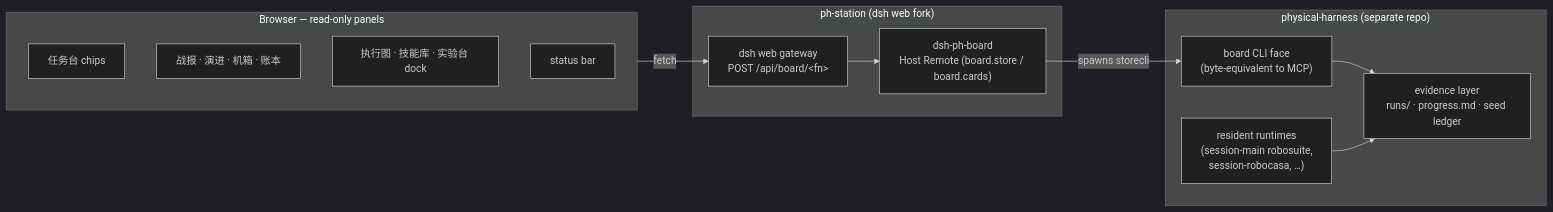
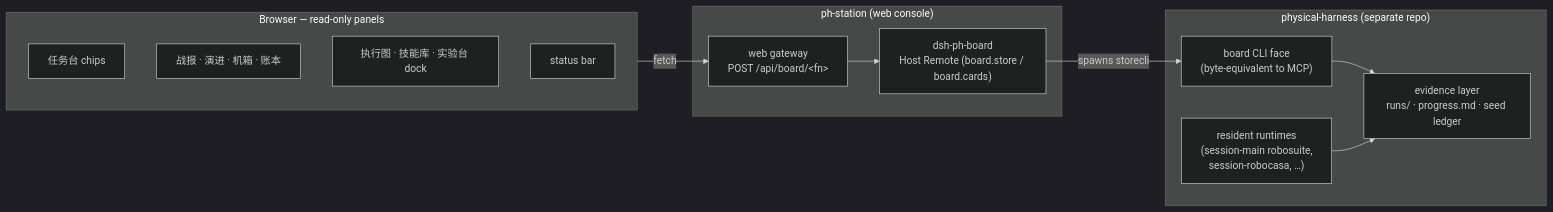
Before and after one commit to Z-Robotics-Lab/ph-station: the first of 2 diagrams in README.md, drawn with Mermaid (dark theme). The commit also changed other lines of this file and 2 other files, not shown here.

````diff
--- a/README.md
+++ b/README.md
@@ -11,20 +18,20 @@
 ```mermaid
 flowchart LR
   subgraph browser["Browser — read-only panels"]
     P1["任务台 chips"]
     P2["战报 · 演进 · 机箱 · 账本"]
     P3["执行图 · 技能库 · 实验台 dock"]
     SB["status bar"]
   end
-  subgraph station["ph-station (dsh web fork)"]
-    GW["dsh web gateway<br/>POST /api/board/&lt;fn&gt;"]
+  subgraph station["ph-station (web console)"]
+    GW["web gateway<br/>POST /api/board/&lt;fn&gt;"]
     HR["dsh-ph-board<br/>Host Remote (board.store / board.cards)"]
   end
   subgraph harness["physical-harness (separate repo)"]
     BOARD["board CLI face<br/>(byte-equivalent to MCP)"]
     RT["resident runtimes<br/>(session-main robosuite,<br/>session-robocasa, …)"]
     EV["evidence layer<br/>runs/ · progress.md · seed ledger"]
   end
   browser -->|fetch| GW --> HR -->|spawns storecli| BOARD --> EV
   RT --> EV
 ```
````
